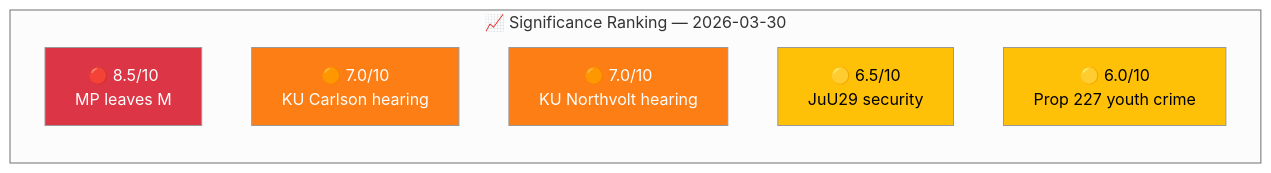
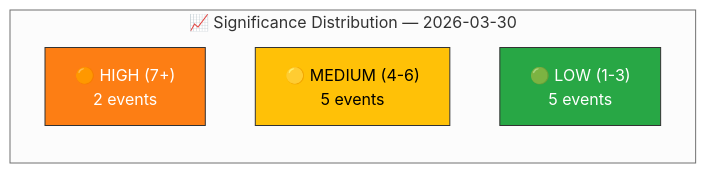
The diagram in analysis/daily/2026-03-30/significance-scoring.md (Hack23/riksdagsmonitor), drawn with Mermaid (neutral theme) before and after one commit. The commit also changed other lines of this file and 29 other files, not shown here.

````diff
--- a/analysis/daily/2026-03-30/significance-scoring.md
+++ b/analysis/daily/2026-03-30/significance-scoring.md
@@ -15,16 +24,12 @@
 ```mermaid
 graph LR
-    subgraph "📈 Significance Ranking — 2026-03-30"
-        E1["🔴 8.5/10<br/>MP leaves M"]
-        E2["🟠 7.0/10<br/>KU Carlson hearing"]
-        E3["🟠 7.0/10<br/>KU Northvolt hearing"]
-        E4["🟡 6.5/10<br/>JuU29 security"]
-        E5["🟡 6.0/10<br/>Prop 227 youth crime"]
+    subgraph "📈 Significance Distribution — 2026-03-30"
+        HIGH["🟠 HIGH (7+)<br/>2 events"]
+        MED["🟡 MEDIUM (4-6)<br/>5 events"]
+        LOW["🟢 LOW (1-3)<br/>5 events"]
     end
 
-    style E1 fill:#dc3545,color:#fff
-    style E2 fill:#fd7e14,color:#fff
-    style E3 fill:#fd7e14,color:#fff
-    style E4 fill:#ffc107,color:#000
-    style E5 fill:#ffc107,color:#000
+    style HIGH fill:#fd7e14,stroke:#333,color:#fff
+    style MED fill:#ffc107,stroke:#333,color:#000
+    style LOW fill:#28a745,stroke:#333,color:#fff
 ```
````
